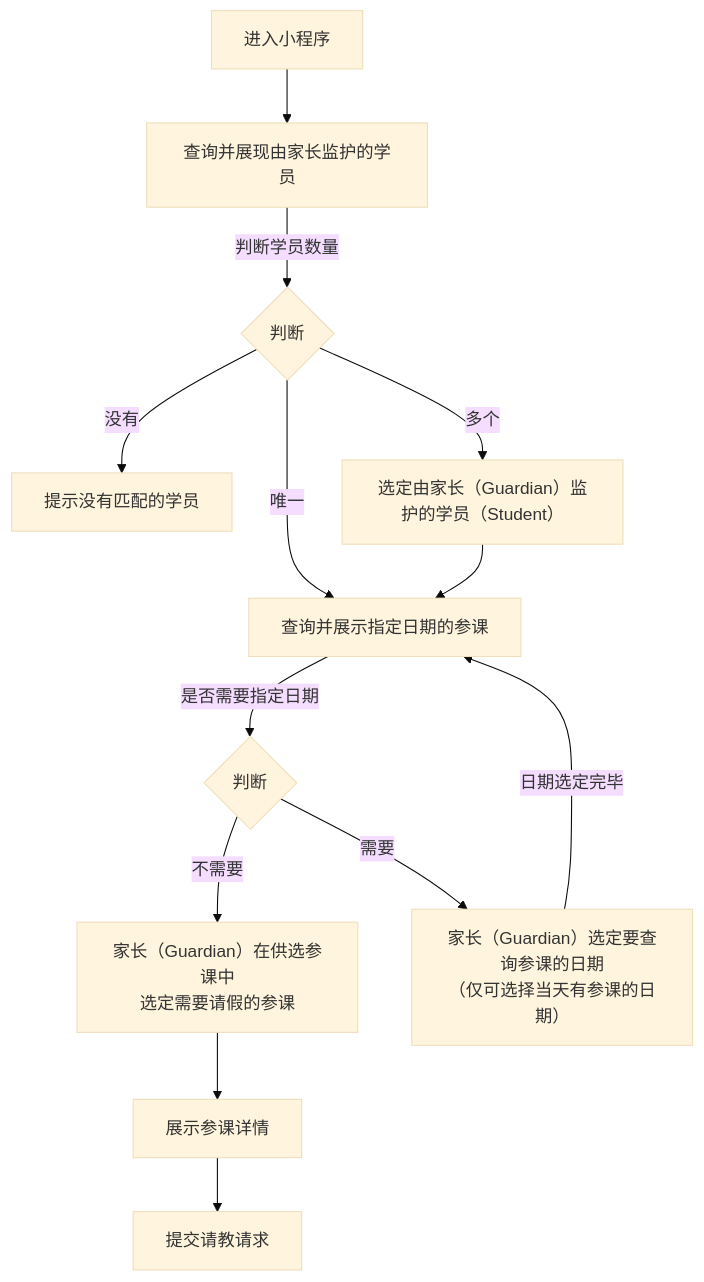
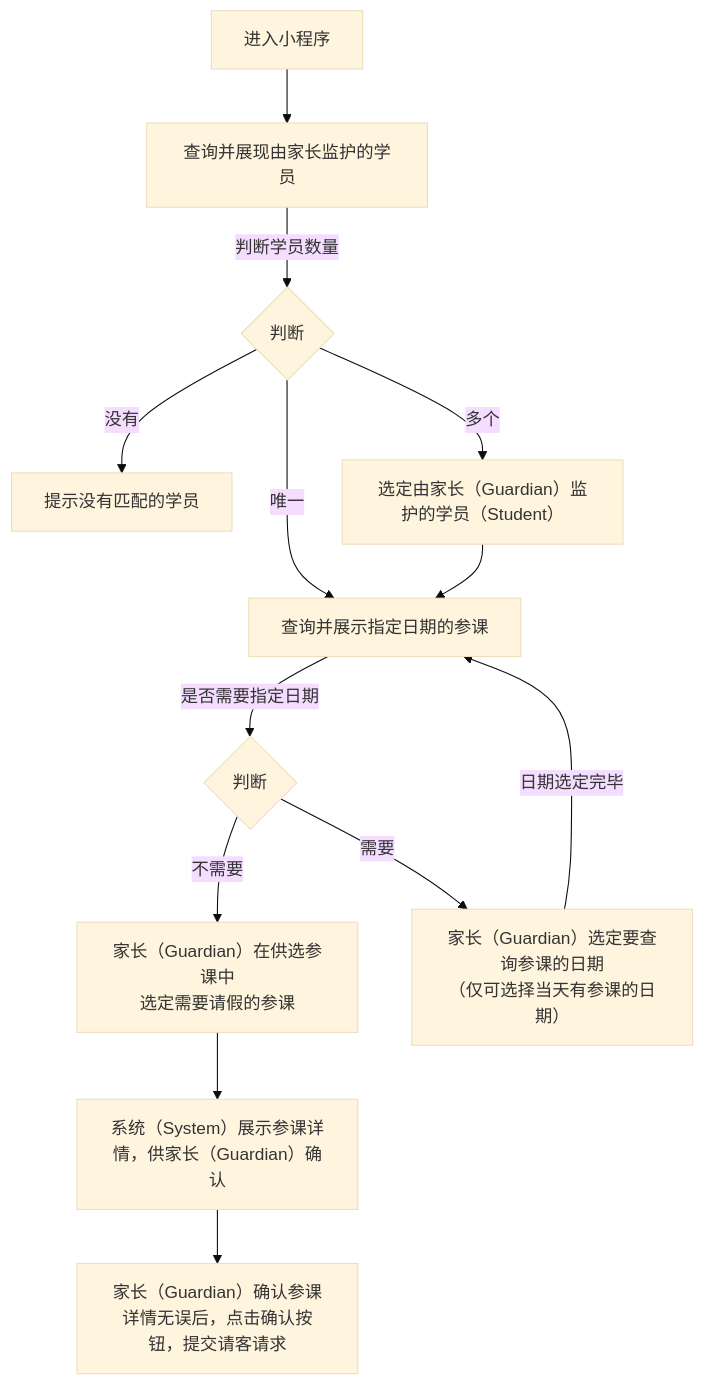
Before and after one commit to world-wide-web/sign: the diagram in 用例/请假.md, drawn with Mermaid (base theme). The commit also changed other lines of this file, not shown here.

````diff
--- a/用例/请假.md
+++ b/用例/请假.md
@@ -7,39 +7,42 @@
 ```mermaid
 graph TD
 
 进入小程序-->查询并展现由家长监护的学员
 
 查询并展现由家长监护的学员--判断学员数量-->判断学员数量
 
 判断学员数量--没有-->提示没有匹配的学员
 
 判断学员数量--唯一-->查询并展示指定日期的参课
 
 判断学员数量--多个-->选定学员
 
 选定学员-->查询并展示指定日期的参课
 
 查询并展示指定日期的参课--是否需要指定日期-->决定是否需要指定日期
 
 决定是否需要指定日期--不需要-->选定参课
 
 决定是否需要指定日期--需要-->选定日期
 
 选定日期--日期选定完毕-->查询并展示指定日期的参课
 
 选定参课-->展示参课详情
 
 展示参课详情-->提交请教请求
 
 判断学员数量{"<center>判断</center>"}
 
 选定学员["<center>选定由家长（Guardian）监护的学员（Student）</center>"]
 
 决定是否需要指定日期{"<center>判断</center>"}
 
 选定日期["<center>家长（Guardian）选定要查询参课的日期<br>（仅可选择当天有参课的日期）</center>"]
 
 选定参课["<center>家长（Guardian）在供选参课中<br>选定需要请假的参课</center>"]
 
+展示参课详情["<center>系统（System）展示参课详情，供家长（Guardian）确认</center>"]
+
+提交请教请求["<center>家长（Guardian）确认参课详情无误后，点击确认按钮，提交请客请求</center>"]
 
 ```
````
